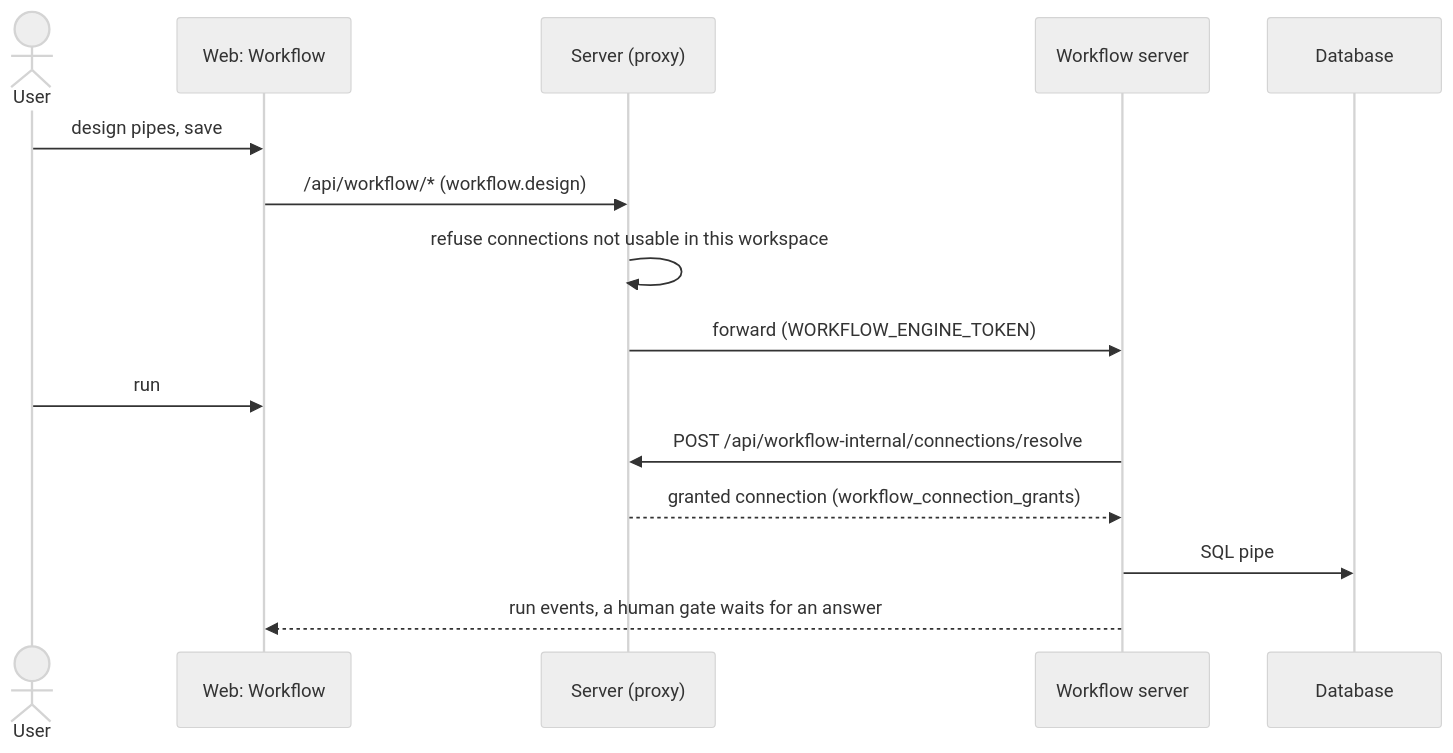
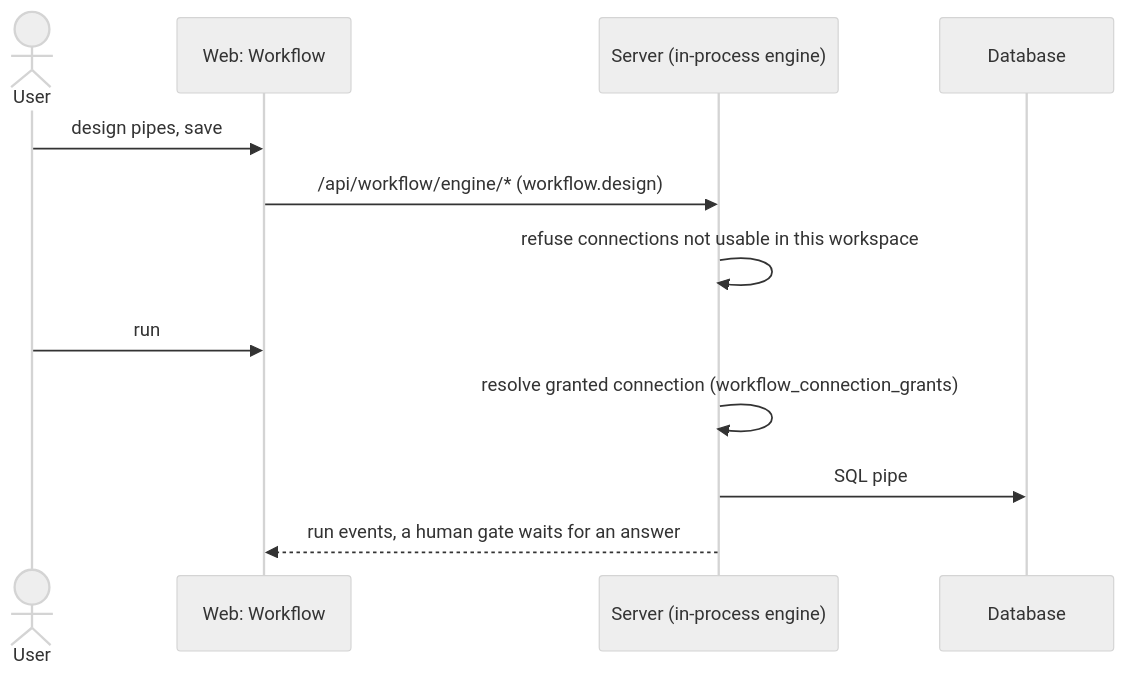
The eighth of 12 diagrams in docs/FEATURE_MAP.md (tedious-code/foxSchema), drawn with Mermaid (neutral theme) before and after one commit. The commit also changed other lines of this file and 114 other files, not shown here.

First line of the commit message:
feat(workflow): host engine in-process, improve pipe UI, and add sample pipelines

````diff
--- a/docs/FEATURE_MAP.md
+++ b/docs/FEATURE_MAP.md
@@ -288,17 +287,14 @@
 ```mermaid
 sequenceDiagram
   actor U as User
   participant W as Web: Workflow
-  participant S as Server (proxy)
-  participant E as Workflow server
+  participant S as Server (in-process engine)
   participant D as Database
   U->>W: design pipes, save
-  W->>S: /api/workflow/* (workflow.design)
+  W->>S: /api/workflow/engine/* (workflow.design)
   S->>S: refuse connections not usable in this workspace
-  S->>E: forward (WORKFLOW_ENGINE_TOKEN)
   U->>W: run
-  E->>S: POST /api/workflow-internal/connections/resolve
-  S-->>E: granted connection (workflow_connection_grants)
-  E->>D: SQL pipe
-  E-->>W: run events, a human gate waits for an answer
+  S->>S: resolve granted connection (workflow_connection_grants)
+  S->>D: SQL pipe
+  S-->>W: run events, a human gate waits for an answer
 ```
````
